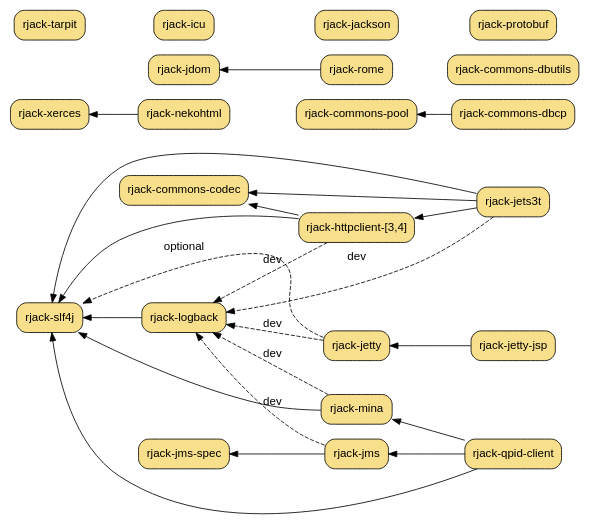
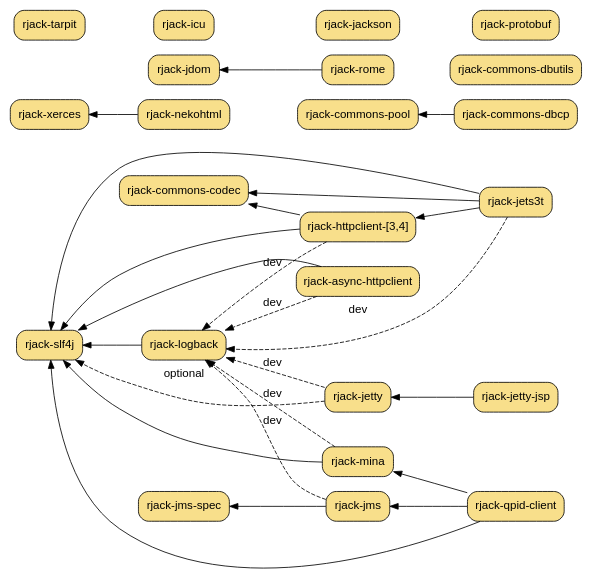
Before and after one commit to dekellum/rjack: the diagram in www/rjack.dot, drawn with Graphviz. The commit also changed 1 other file, not shown here.

Commit message:
www: Add async-httpclient

```diff
--- a/www/rjack.dot
+++ b/www/rjack.dot
@@ -1,78 +1,83 @@
 digraph "RJack Gem Dependency Graph" {
   bgcolor="transparent";
   rankdir=RL;
   size="6.0,6.0";
   node [ shape=box, style="filled,rounded", fillcolor="#f8df8b",
          fontname="Arial", margin="0.15,0.1" ];
   edge [ fontname="Arial" ];
 
   "rjack-jets3t"        [ target=_parent, URL="jets3t/" ];
   "rjack-nekohtml"      [ target=_parent, URL="nekohtml/", group=ml ];
   "rjack-rome"          [ target=_parent, URL="rome/", group=ml ];
   "rjack-jdom"          [ target=_parent, URL="jdom/", group=ml ];
   "rjack-xerces"        [ target=_parent, URL="xerces/", group=ml ];
 
   "rjack-httpclient"    [ target=_parent, URL="httpclient-3/",
                           shape=record, label="rjack-httpclient-[3,4]" ];
 
   "rjack-icu"           [ target=_parent, URL="icu/" ];
 
   "rjack-jetty"         [ target=_parent, URL="jetty/" ];
   "rjack-jetty-jsp"     [ target=_parent, URL="jetty-jsp/" ];
 
   "rjack-slf4j"         [ target=_parent, URL="slf4j/", group=log ];
   "rjack-logback"       [ target=_parent, URL="logback/", group=log ];
 
   "rjack-commons-codec" [ target=_parent, URL="commons-codec/", group=commons ];
 
   "rjack-jms-spec"      [ target=_parent, URL="jms-spec/", group=net ];
   "rjack-jms"           [ target=_parent, URL="jms/", group=net ];
   "rjack-mina"          [ target=_parent, URL="mina/", group=net ];
   "rjack-qpid-client"   [ target=_parent, URL="qpid-client/", group=net ];
 
   "rjack-commons-dbcp"  [ target=_parent, URL="commons-dbcp/", group=commons ];
   "rjack-commons-dbutils" [ target=_parent, URL="commons-dbutils/", group=commons ];
 
   "rjack-commons-pool"  [ target=_parent, URL="commons-pool/", group=commons ];
   "rjack-protobuf"      [ target=_parent, URL="protobuf/" ];
 
   "rjack-tarpit"        [ target=_parent, URL="tarpit/" ];
   "rjack-jackson"       [ target=_parent, URL="jackson/" ];
 
+  "rjack-async-httpclient" [ target=_parent, URL="async-httpclient/" ];
+
   "rjack-jets3t"       -> "rjack-logback" [ style=dashed, label="dev" ];
   "rjack-jets3t"       -> "rjack-httpclient";
   "rjack-jets3t"       -> "rjack-commons-codec";
   "rjack-jets3t"       -> "rjack-slf4j";
   "rjack-rome"         -> "rjack-jdom"
   "rjack-nekohtml"     -> "rjack-xerces"
 
   "rjack-httpclient"   -> "rjack-commons-codec";
   "rjack-httpclient"   -> "rjack-logback" [ style=dashed, label="dev" ];
   "rjack-httpclient"   -> "rjack-slf4j";
 
   "rjack-jetty-jsp"    -> "rjack-jetty";
   "rjack-jetty"        -> "rjack-logback" [ style=dashed, label="dev" ];
   "rjack-jetty"        -> "rjack-slf4j"   [ style=dashed, label="optional" ];
 
   "rjack-logback"      -> "rjack-slf4j";
 
   "rjack-jms"          -> "rjack-jms-spec";
   "rjack-jms"          -> "rjack-logback" [ style=dashed, label="dev" ];
 
   "rjack-mina"         -> "rjack-slf4j";
   "rjack-mina"         -> "rjack-logback" [ style=dashed, label="dev" ];
 
   "rjack-qpid-client"  -> "rjack-mina";
   "rjack-qpid-client"  -> "rjack-jms";
   "rjack-qpid-client"  -> "rjack-slf4j";
 #  "rjack-qpid-client"  -> "rjack-logback" [ style=dashed, label="dev" ];
 
   "rjack-commons-dbcp" -> "rjack-commons-pool";
 
+  "rjack-async-httpclient" -> "rjack-slf4j"
+  "rjack-async-httpclient" -> "rjack-logback" [ style=dashed, label="dev" ];
+
 # for fitting only
   "rjack-jackson"         -> "rjack-icu"      [ style=invis ];
   "rjack-icu"             -> "rjack-tarpit"   [ style=invis ];
   "rjack-protobuf"        -> "rjack-jackson"  [ style=invis ];
   "rjack-commons-pool"    -> "rjack-nekohtml" [ style=invis ];
   "rjack-commons-dbutils" -> "rjack-rome"     [ style=invis ];
 }
```
